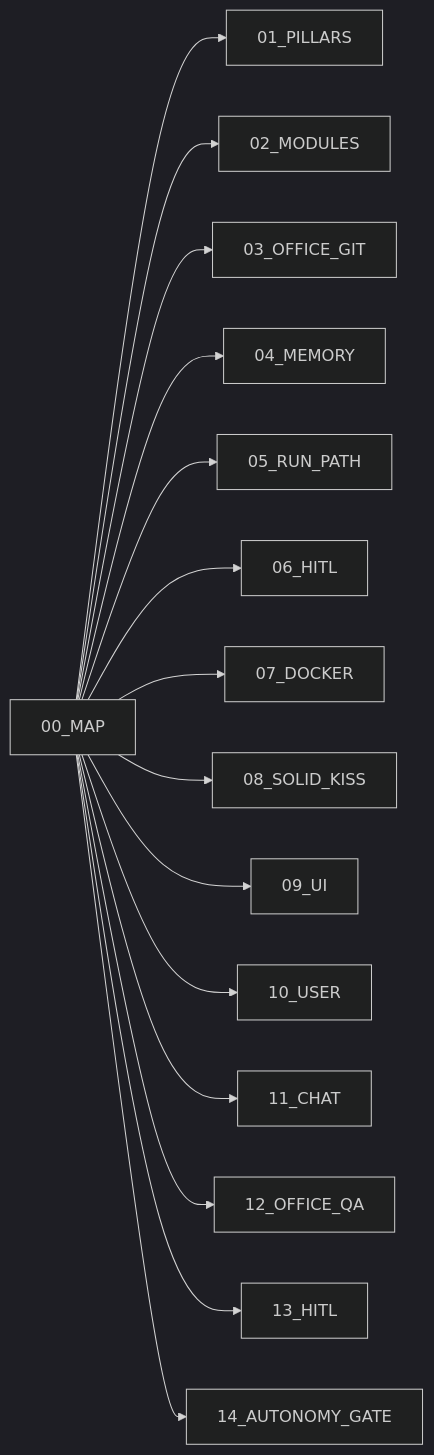
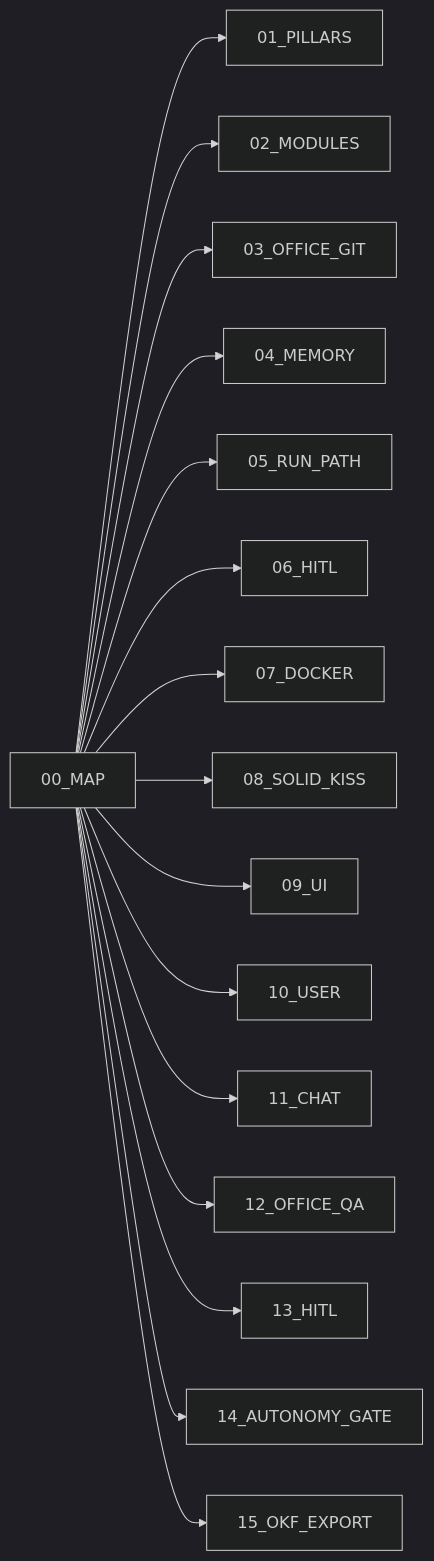
The diagram in docs/architecture/00_MAP.md (abhishekjasani/AgentAnyStack), drawn with Mermaid (dark theme) before and after one commit. The commit also changed other lines of this file and 17 other files, not shown here.

Commit message:
feat: implement OKF export functionality to write snapshots under office/memory/

````diff
--- a/docs/architecture/00_MAP.md
+++ b/docs/architecture/00_MAP.md
@@ -5,17 +5,18 @@
 ```mermaid
 flowchart LR
     MAP[00_MAP] --> P[01_PILLARS]
     MAP --> M[02_MODULES]
     MAP --> O[03_OFFICE_GIT]
     MAP --> MEM[04_MEMORY]
     MAP --> R[05_RUN_PATH]
     MAP --> H[06_HITL]
     MAP --> D[07_DOCKER]
     MAP --> S[08_SOLID_KISS]
     MAP --> U[09_UI]
     MAP --> USR[10_USER]
     MAP --> CH[11_CHAT]
     MAP --> OQ[12_OFFICE_QA]
     MAP --> H13[13_HITL]
     MAP --> A14[14_AUTONOMY_GATE]
+    MAP --> E15[15_OKF_EXPORT]
 ```
````
